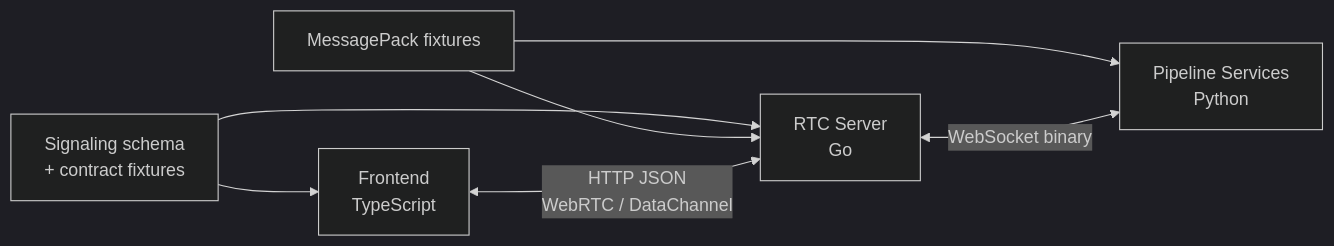
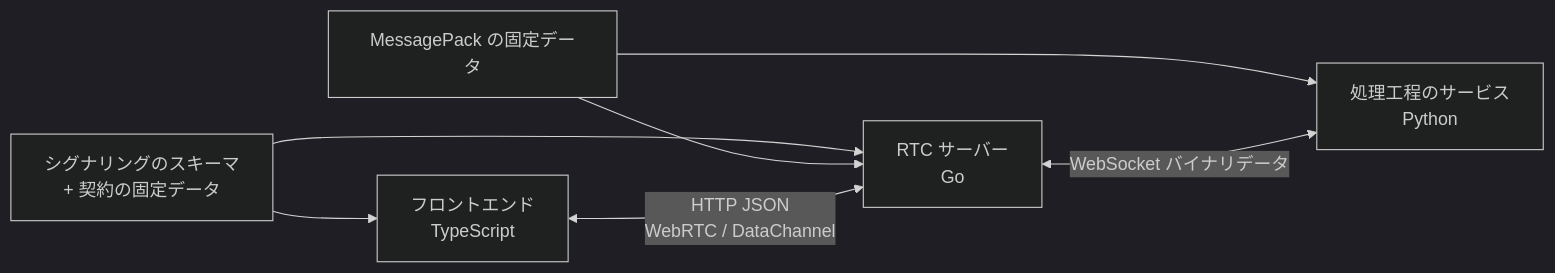
One commit to Sincromisor/Sincromisor changed the first of 3 diagrams in documents/migration/pion/contracts-and-types.md. Above: the diagram before and after it, drawn with Mermaid (dark theme). The commit also changed other lines of this file and 94 other files, not shown here.

````diff
--- a/documents/migration/pion/contracts-and-types.md
+++ b/documents/migration/pion/contracts-and-types.md
@@ -12,14 +12,14 @@
 ```mermaid
 flowchart LR
-    Frontend["Frontend\nTypeScript"]
-    RTC["RTC Server\nGo"]
-    Services["Pipeline Services\nPython"]
+    Frontend["フロントエンド\nTypeScript"]
+    RTC["RTC サーバー\nGo"]
+    Services["処理工程のサービス\nPython"]
 
-    SignalingSchema["Signaling schema\n+ contract fixtures"] --> Frontend
+    SignalingSchema["シグナリングのスキーマ\n+ 契約の固定データ"] --> Frontend
     SignalingSchema --> RTC
-    PipelineFixture["MessagePack fixtures"] --> RTC
+    PipelineFixture["MessagePack の固定データ"] --> RTC
     PipelineFixture --> Services
 
     Frontend <-->|"HTTP JSON\nWebRTC / DataChannel"| RTC
-    RTC <-->|"WebSocket binary"| Services
+    RTC <-->|"WebSocket バイナリデータ"| Services
 ```
````
